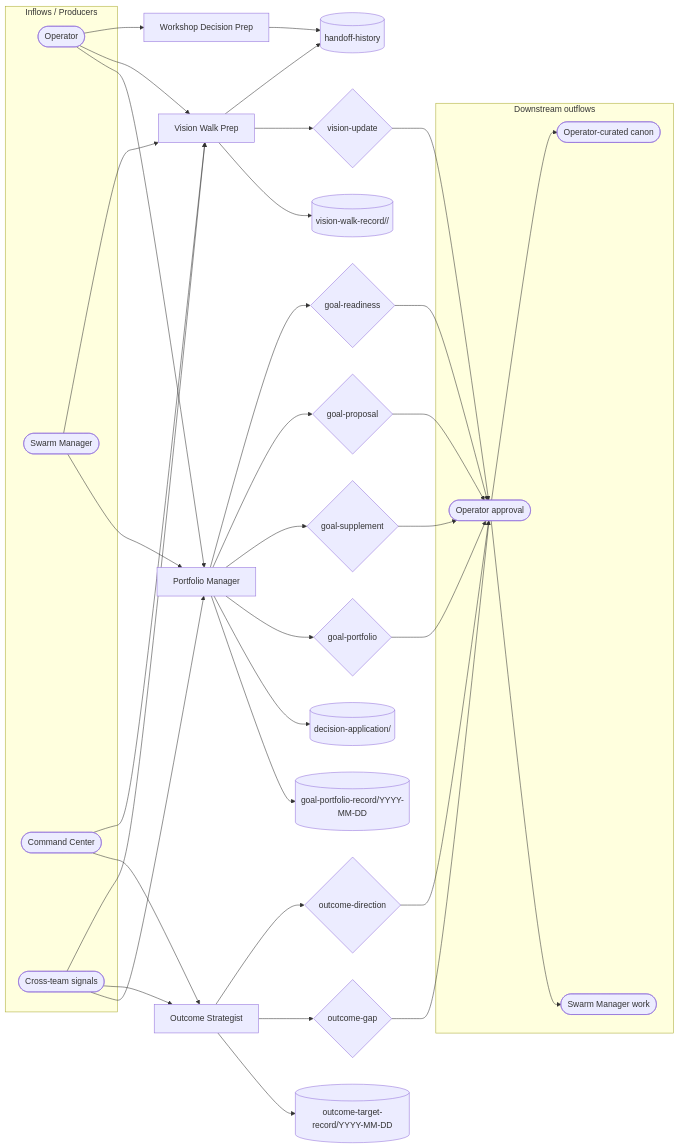
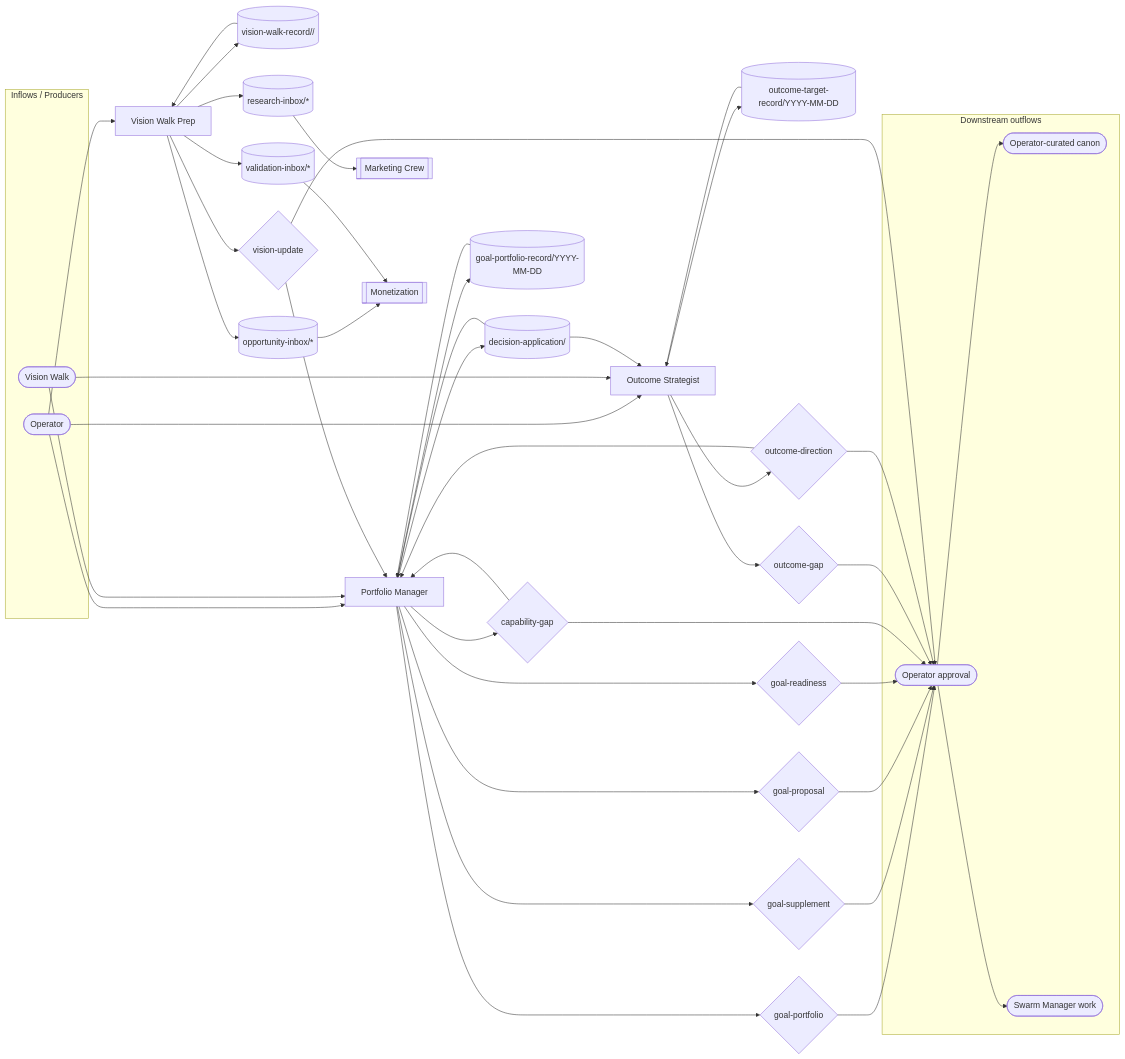
The diagram in docs/director-swarm/operating/OPERATING_MODEL.md (Vrooli/Vrooli), drawn with Mermaid before and after one commit. The commit also changed other lines of this file and 103 other files, not shown here.

````diff
--- a/docs/director-swarm/operating/OPERATING_MODEL.md
+++ b/docs/director-swarm/operating/OPERATING_MODEL.md
@@ -53,12 +62,8 @@
   subgraph INFLOWS["Inflows / Producers"]
     %% @node OP external:operator
     OP([Operator])
-    %% @node SM external:swarm-manager
-    SM([Swarm Manager])
-    %% @node CC external:command-center
-    CC([Command Center])
-    %% @node XTEAM external:cross-team-signals
-    XTEAM([Cross-team signals])
+    %% @node VW external:vision-walk
+    VW([Vision Walk])
   end
 
   %% Members
@@ -68,8 +73,6 @@
   OS[Outcome Strategist]
   %% @node VWP member:vision-walk-prep
   VWP[Vision Walk Prep]
-  %% @node WDP member:workshop-decision-prep
-  WDP[Workshop Decision Prep]
 
   %% Topics
   %% @node APP topic:decision-application/<decision-id>
@@ -80,18 +83,30 @@
   OUT[(outcome-target-record/YYYY-MM-DD)]
   %% @node WALK topic:vision-walk-record/<date>/<slug>
   WALK[(vision-walk-record/<date>/<slug>)]
-  %% @node HANDOFF topic:handoff-history
-  HANDOFF[(handoff-history)]
+  %% @node RI topic:research-inbox/*
+  RI[(research-inbox/*)]
+  %% @node OI topic:opportunity-inbox/*
+  OI[(opportunity-inbox/*)]
+  %% @node VI topic:validation-inbox/*
+  VI[(validation-inbox/*)]
+
+  %% Peer teams
+  %% @node MKT team:marketing-crew
+  MKT[[Marketing Crew]]
+  %% @node MON team:monetization
+  MON[[Monetization]]
 
   %% Decisions
-  %% @node IP decision:goal-portfolio
-  IP{goal-portfolio}
-  %% @node IS decision:goal-supplement
-  IS{goal-supplement}
-  %% @node IPR decision:goal-proposal
-  IPR{goal-proposal}
-  %% @node IR decision:goal-readiness
-  IR{goal-readiness}
+  %% @node GP decision:goal-portfolio
+  GP{goal-portfolio}
+  %% @node GS decision:goal-supplement
+  GS{goal-supplement}
+  %% @node GPR decision:goal-proposal
+  GPR{goal-proposal}
+  %% @node GR decision:goal-readiness
+  GR{goal-readiness}
+  %% @node CG decision:capability-gap
+  CG{capability-gap}
   %% @node OG decision:outcome-gap
   OG{outcome-gap}
   %% @node OD decision:outcome-direction
@@ -100,48 +115,58 @@
   VU{vision-update}
 
   subgraph OUTFLOWS["Downstream outflows"]
-    %% @node APPROVAL external:operator-approval
+    %% @node APPROVAL process:operator-approval
     APPROVAL([Operator approval])
+    %% @node CANON process:operator-curated-canon
+    CANON([Operator-curated canon])
     %% @node SMWORK external:swarm-manager-work
     SMWORK([Swarm Manager work])
-    %% @node CANON process:operator-curated-canon
-    CANON([Operator-curated canon])
   end
 
   OP --> PM
-  SM --> PM
-  XTEAM --> PM
+  OP --> OS
+  OP --> VWP
+  VW --> PM
+  VW --> OS
+
+  APP --> PM
+  PORT --> PM
   PM --> PORT
   PM --> APP
-  PM --> IP
-  PM --> IS
-  PM --> IPR
-  PM --> IR
+  PM --> GP
+  PM --> GS
+  PM --> GPR
+  PM --> GR
+  PM --> CG
+  CG --> PM
+  VU --> PM
+  OD --> PM
 
-  CC --> OS
-  XTEAM --> OS
+  APP --> OS
+  OUT --> OS
   OS --> OUT
   OS --> OG
   OS --> OD
 
-  OP --> VWP
-  SM --> VWP
-  CC --> VWP
-  XTEAM --> VWP
+  WALK --> VWP
   VWP --> WALK
   VWP --> VU
-  VWP --> HANDOFF
 
-  OP --> WDP
-  WDP --> HANDOFF
+  VWP --> RI
+  VWP --> OI
+  VWP --> VI
+  RI --> MKT
+  OI --> MON
+  VI --> MON
 
-  IP --> APPROVAL
-  IS --> APPROVAL
-  IPR --> APPROVAL
-  IR --> APPROVAL
+  GP --> APPROVAL
+  GS --> APPROVAL
+  GPR --> APPROVAL
+  GR --> APPROVAL
+  CG --> APPROVAL
   OG --> APPROVAL
   OD --> APPROVAL
   VU --> APPROVAL
+  APPROVAL --> CANON
   APPROVAL --> SMWORK
-  APPROVAL --> CANON
 ```
````
